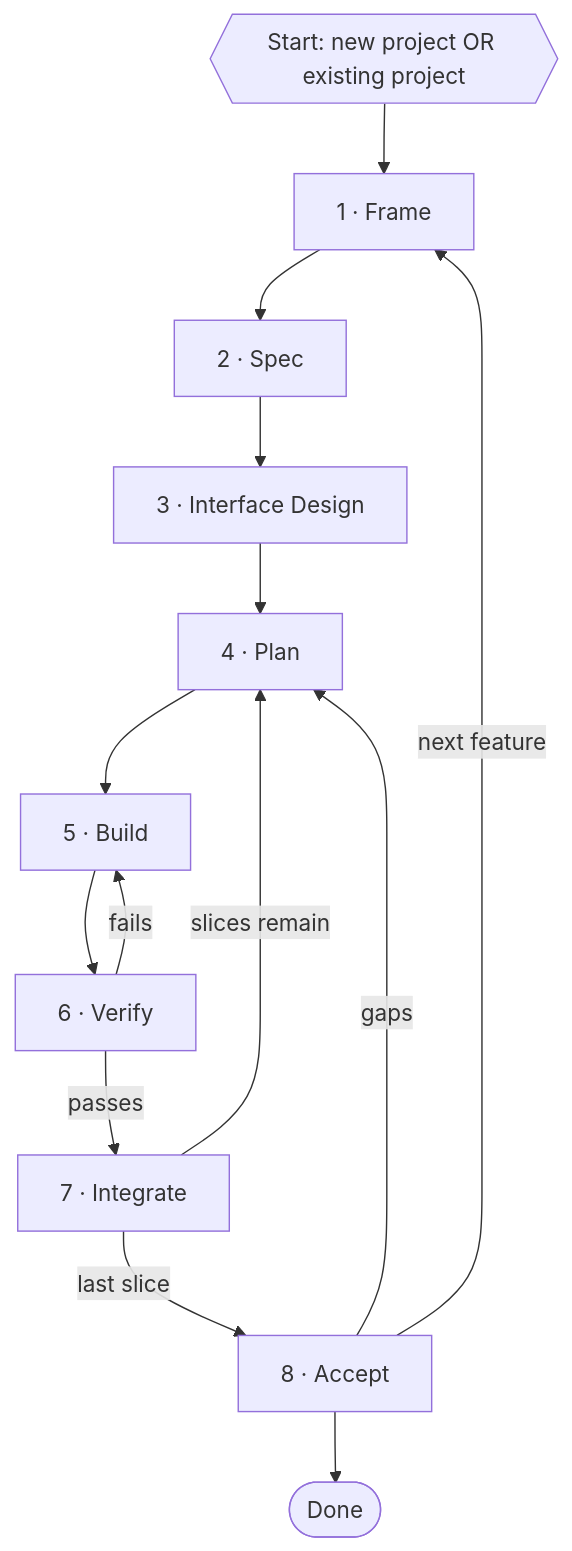
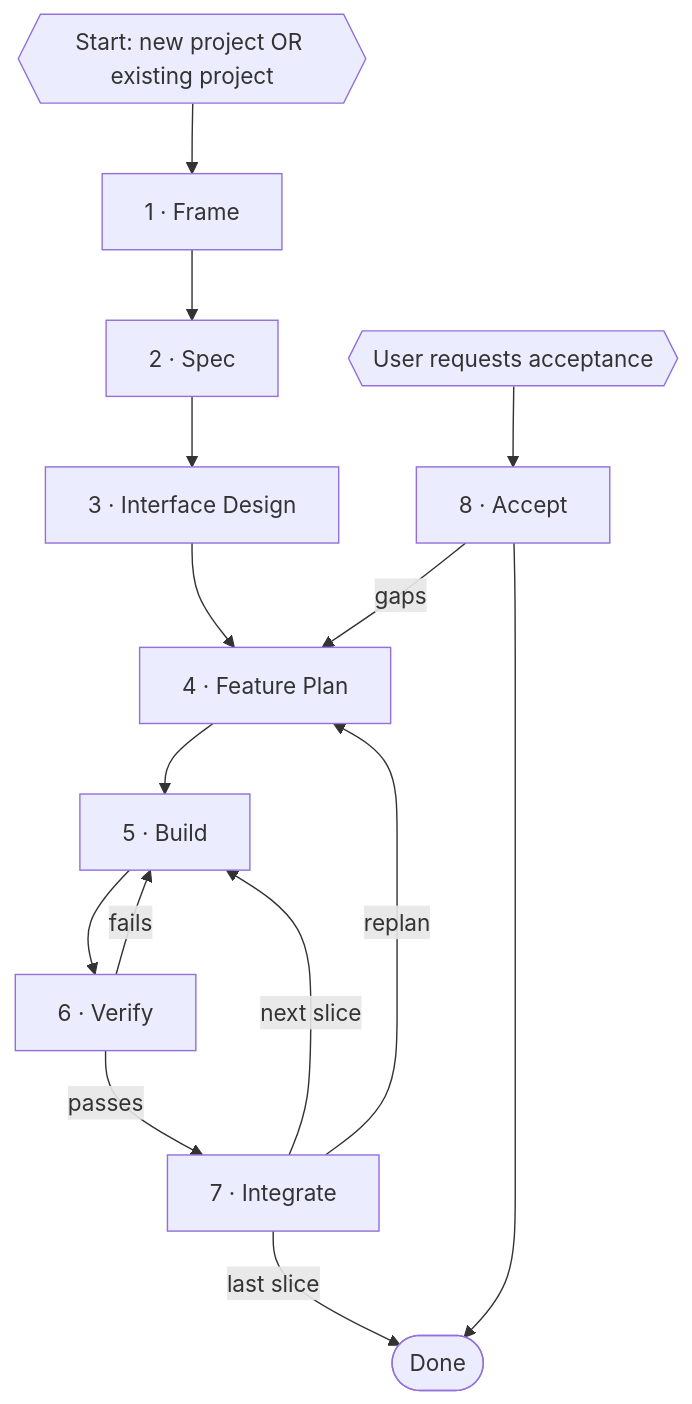
Before and after one commit to six5536/superdev: the diagram in .agents/process.md, drawn with Mermaid. The commit also changed other lines of this file and 38 other files, not shown here.

````diff
--- a/.agents/process.md
+++ b/.agents/process.md
@@ -7,16 +7,17 @@
 ```mermaid
 flowchart TD
     S{{"Start: new project OR existing project"}} --> F["1 · Frame"]
     F --> SP["2 · Spec"]
     SP --> ID["3 · Interface Design"]
-    ID --> PL["4 · Plan"]
+    ID --> PL["4 · Feature Plan"]
     PL --> BU["5 · Build"]
     BU --> VE["6 · Verify"]
     VE -->|"fails"| BU
     VE -->|"passes"| IN["7 · Integrate"]
-    IN -->|"slices remain"| PL
-    IN -->|"last slice"| AC["8 · Accept"]
+    IN -->|"next slice"| BU
+    IN -->|"replan"| PL
+    IN -->|"last slice"| DN(["Done"])
+    U{{"User requests acceptance"}} --> AC["8 · Accept"]
     AC -->|"gaps"| PL
-    AC -->|"next feature"| F
-    AC --> DN(["Done"])
+    AC --> DN
 ```
````
